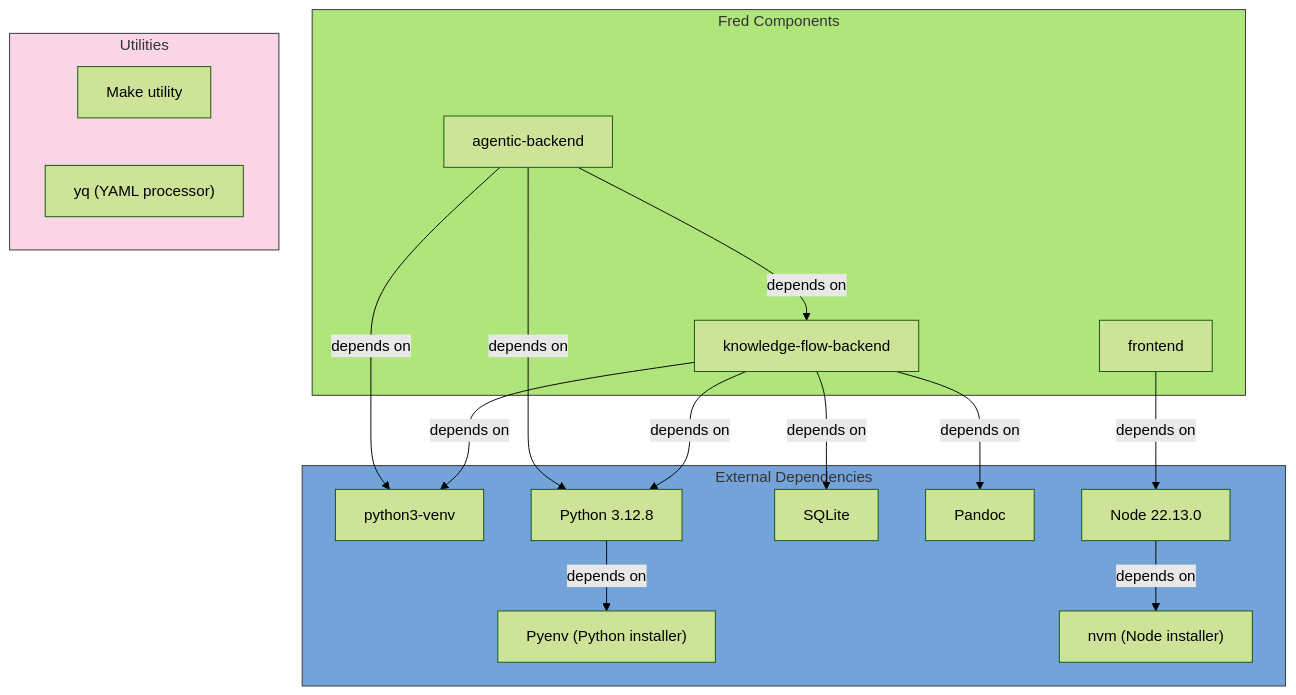
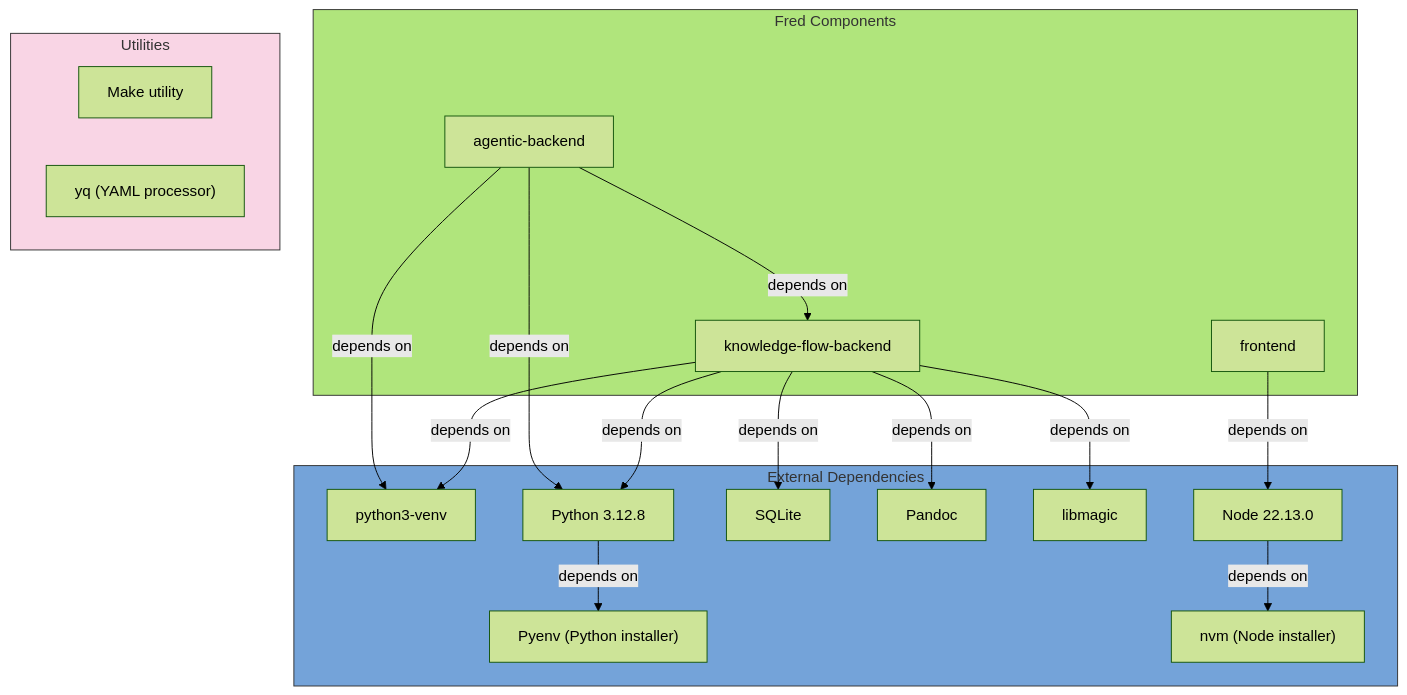
One commit to ThalesGroup/fred changed the diagram in README.md. Above: the diagram before and after it, drawn with Mermaid (forest theme). The commit also changed other lines of this file, not shown here.

Commit message:
#1335 Add the documentation of the needed dependency "libmagic"'

````diff
--- a/README.md
+++ b/README.md
@@ -127,42 +128,44 @@
 ```mermaid
 graph TD
     subgraph FredComponents["Fred Components"]
       style FredComponents fill:#b0e57c,stroke:#333,stroke-width:2px  %% Green Color
         Agentic["agentic-backend"]
         Knowledge["knowledge-flow-backend"]
         Frontend["frontend"]
     end
 
     subgraph ExternalDependencies["External Dependencies"]
       style ExternalDependencies fill:#74a3d9,stroke:#333,stroke-width:2px  %% Blue Color
         Venv["python3-venv"]
         Python["Python 3.12.8"]
         SQLite["SQLite"]
         Pandoc["Pandoc"]
+        libmagic["libmagic"]
         Pyenv["Pyenv (Python installer)"]
         Node["Node 22.13.0"]
         NVM["nvm (Node installer)"]
     end
 
     subgraph Utilities["Utilities"]
       style Utilities fill:#f9d5e5,stroke:#333,stroke-width:2px  %% Pink Color
         Make["Make utility"]
         Yq["yq (YAML processor)"]
     end
 
     Agentic -->|depends on| Python
     Agentic -->|depends on| Knowledge
     Agentic -->|depends on| Venv
 
     Knowledge -->|depends on| Python
     Knowledge -->|depends on| Venv
     Knowledge -->|depends on| Pandoc
     Knowledge -->|depends on| SQLite
+    Knowledge -->|depends on| libmagic
 
     Frontend -->|depends on| Node
 
     Python -->|depends on| Pyenv
 
     Node -->|depends on| NVM
 
 ```
````
